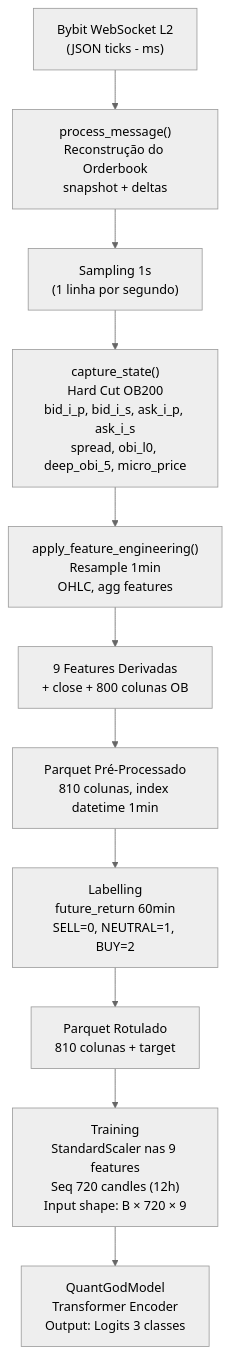
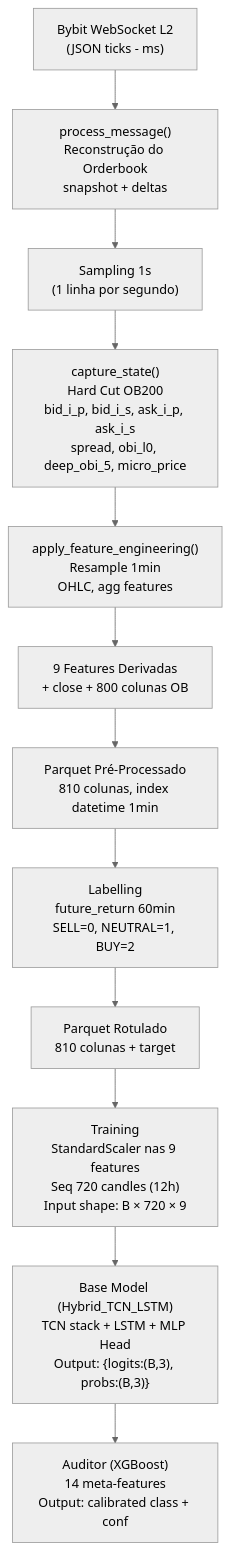
The diagram in docs/0_L2_DATA_REFERENCE.md (atilioebg/QuantGod_Cloud_TCNLSTM), drawn with Mermaid (neutral theme) before and after one commit. The commit also changed 7 other files, not shown here.

Commit message:
docs: full audit and rewrite  1_SETUP, 2_DATA_COLLECTION, 3_DATA_ENGINEERING, 5_LABELING, 7_OPERATIONAL, REPO_MAP, README.md (remove ViViT/Binance legacy, align to TCN+LSTM)

````diff
--- a/docs/0_L2_DATA_REFERENCE.md
+++ b/docs/0_L2_DATA_REFERENCE.md
@@ -345,13 +345,14 @@
 ```mermaid
 graph TD
     A["Bybit WebSocket L2\n(JSON ticks - ms)"] --> B["process_message()\nReconstrução do Orderbook\nsnapshot + deltas"]
     B --> C["Sampling 1s\n(1 linha por segundo)"]
     C --> D["capture_state()\nHard Cut OB200\nbid_i_p, bid_i_s, ask_i_p, ask_i_s\nspread, obi_l0, deep_obi_5, micro_price"]
     D --> E["apply_feature_engineering()\nResample 1min\nOHLC, agg features"]
     E --> F["9 Features Derivadas\n+ close + 800 colunas OB"]
     F --> G["Parquet Pré-Processado\n810 colunas, index datetime 1min"]
     G --> H["Labelling\nfuture_return 60min\nSELL=0, NEUTRAL=1, BUY=2"]
     H --> I["Parquet Rotulado\n810 colunas + target"]
     I --> J["Training\nStandardScaler nas 9 features\nSeq 720 candles (12h)\nInput shape: B × 720 × 9"]
-    J --> K["QuantGodModel\nTransformer Encoder\nOutput: Logits 3 classes"]
+    J --> K["Base Model (Hybrid_TCN_LSTM)\nTCN stack + LSTM + MLP Head\nOutput: {logits:(B,3), probs:(B,3)}"]
+    K --> L["Auditor (XGBoost)\n14 meta-features\nOutput: calibrated class + conf"]
 ```
````
